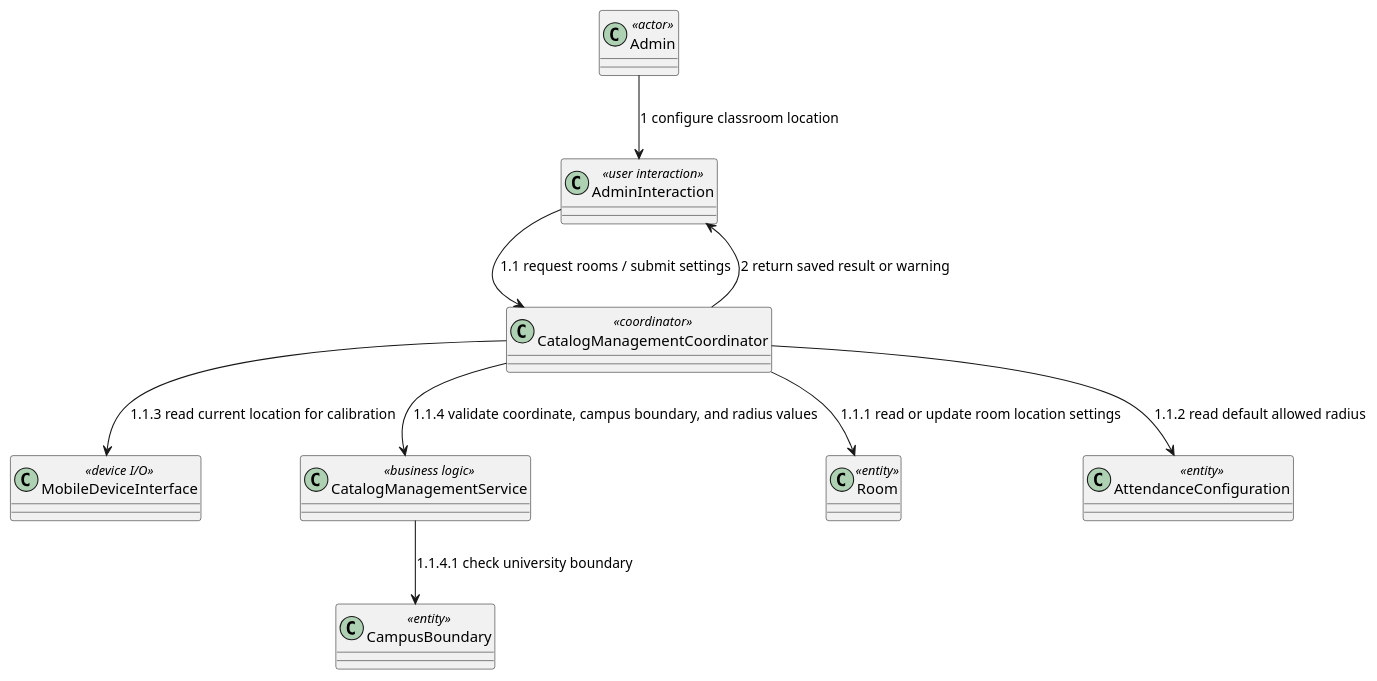
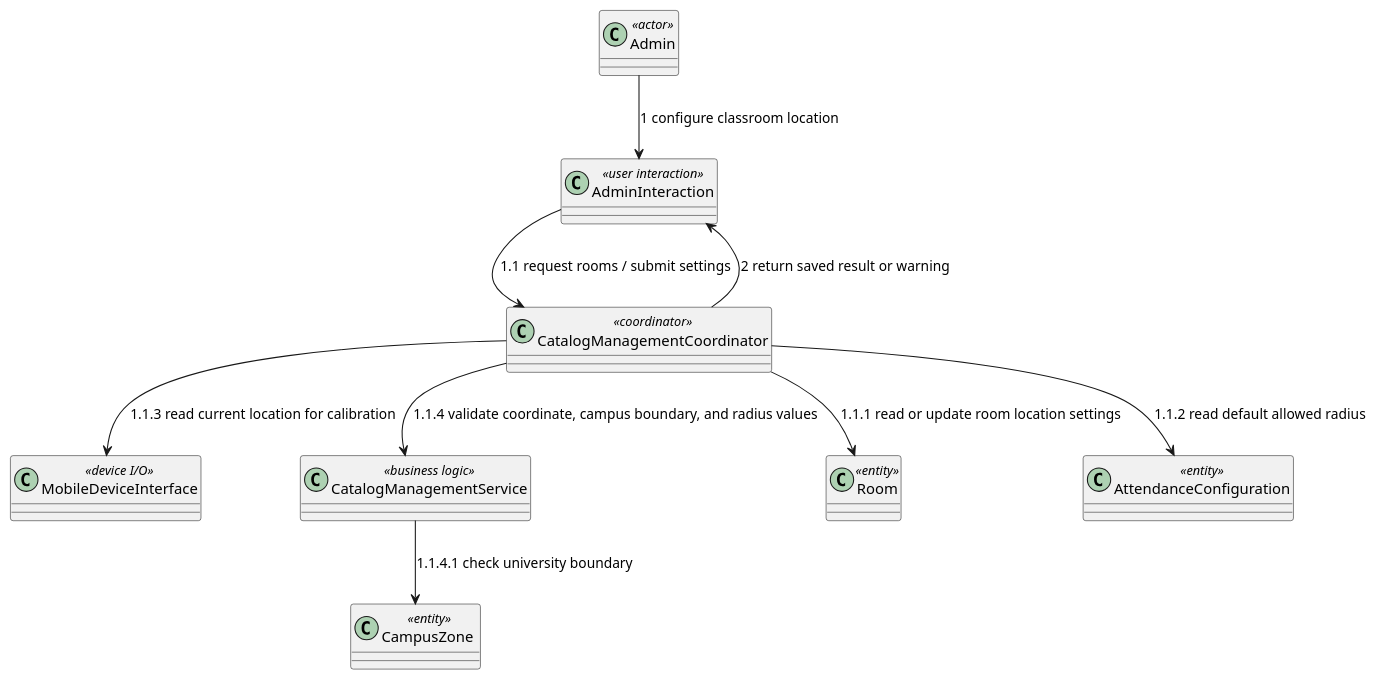
Before and after one commit to nttung42/SWD392: diagram 26 of 29 in docs/sds/2_Analysis.md, drawn with PlantUML. The commit also changed other lines of this file and 4 other files, not shown here.

First line of the commit message:
Refactor CampusBoundary to CampusZone across documentation and design files

````diff
--- a/docs/sds/2_Analysis.md
+++ b/docs/sds/2_Analysis.md
@@ -1264,21 +1264,21 @@
 ```plantuml
 @startuml
 class "Admin" as Admin <<actor>>
 class "AdminInteraction" as AdminUI <<user interaction>>
 class "CatalogManagementCoordinator" as RoomControl <<coordinator>>
 class "MobileDeviceInterface" as MobileSensor <<device I/O>>
 class "CatalogManagementService" as LocationSettingRules <<business logic>>
 class "Room" as Room <<entity>>
-class "CampusBoundary" as CampusBoundary <<entity>>
+class "CampusZone " as CampusZone  <<entity>>
 class "AttendanceConfiguration" as AttendanceConfig <<entity>>
 
 Admin --> AdminUI : 1 configure classroom location
 AdminUI --> RoomControl : 1.1 request rooms / submit settings
 RoomControl --> Room : 1.1.1 read or update room location settings
 RoomControl --> AttendanceConfig : 1.1.2 read default allowed radius
 RoomControl --> MobileSensor : 1.1.3 read current location for calibration
 RoomControl --> LocationSettingRules : 1.1.4 validate coordinate, campus boundary, and radius values
-LocationSettingRules --> CampusBoundary : 1.1.4.1 check university boundary
+LocationSettingRules --> CampusZone  : 1.1.4.1 check university boundary
 RoomControl --> AdminUI : 2 return saved result or warning
 @enduml
 ```
````
